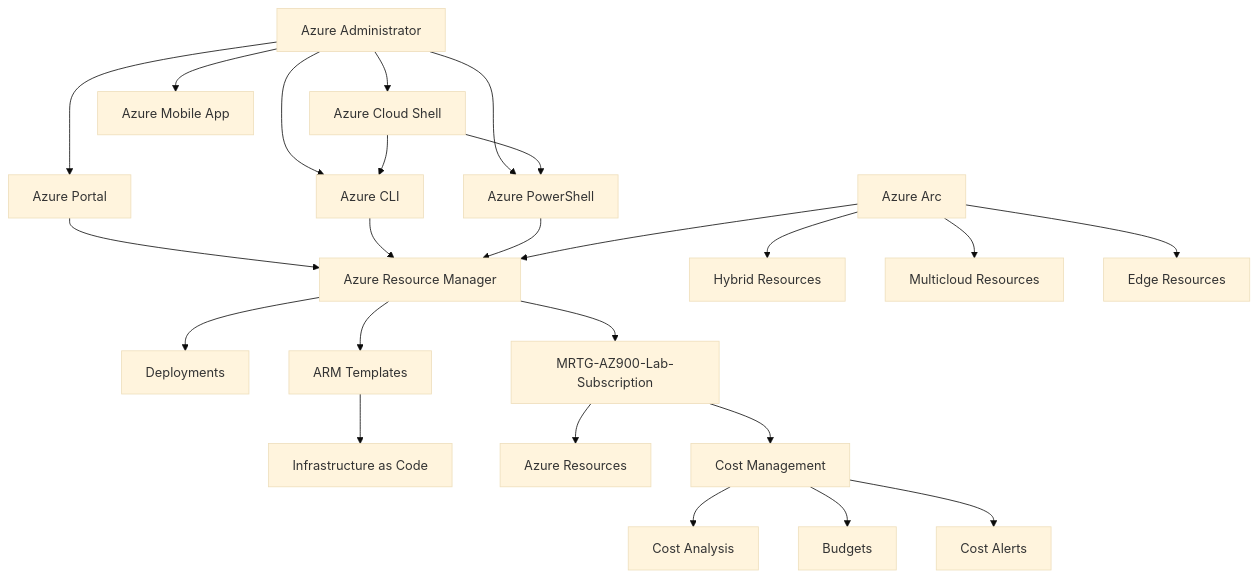
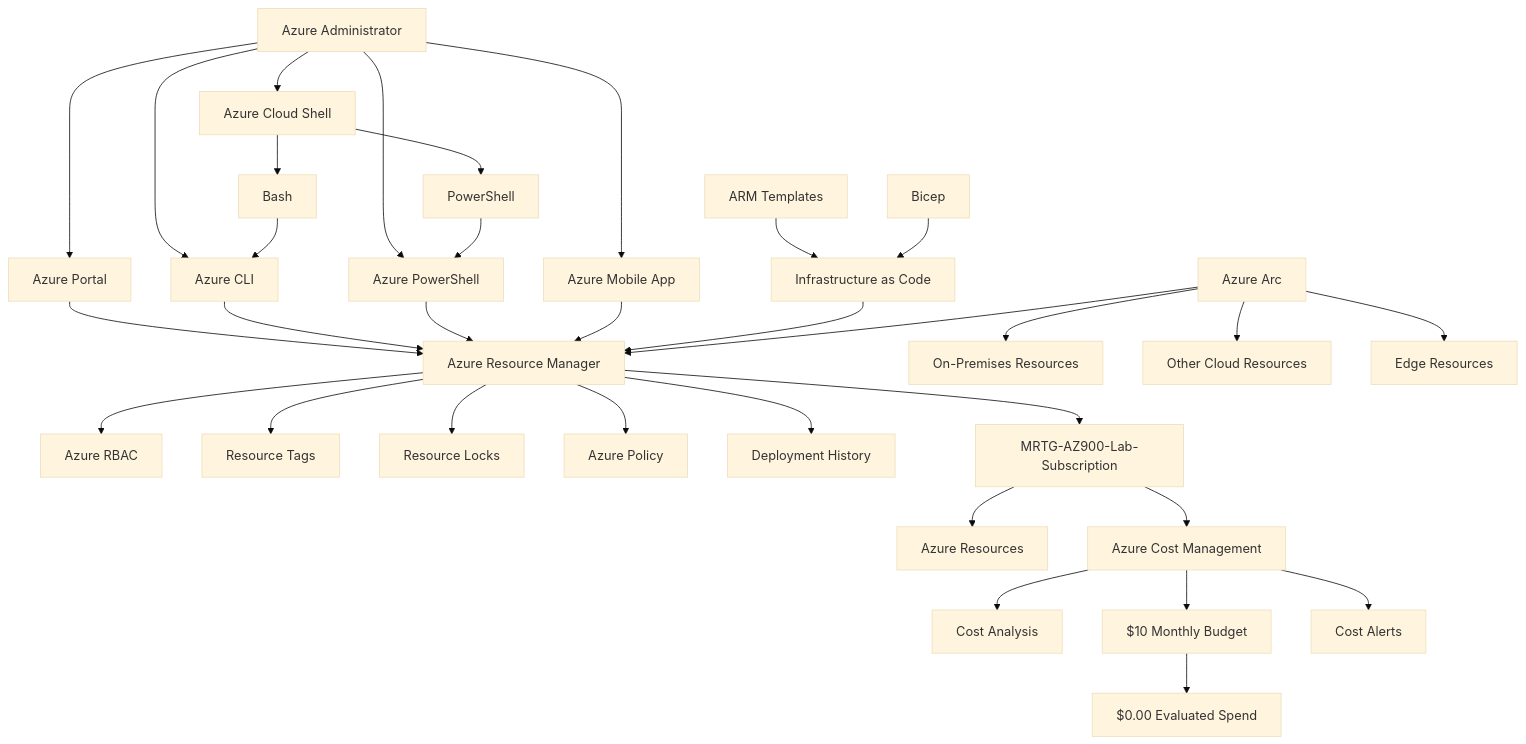
Before and after one commit to mattallen-it/mrtg-az900-the-bridge: the first of 3 diagrams in labs/lab-11-azure-management-and-deployment-tools/README.md, drawn with Mermaid (base theme). The commit also changed other lines of this file, not shown here.

````diff
--- a/labs/lab-11-azure-management-and-deployment-tools/README.md
+++ b/labs/lab-11-azure-management-and-deployment-tools/README.md
@@ -115,31 +411,43 @@
 ```mermaid
 flowchart TD
-    User[Azure Administrator] --> Portal[Azure Portal]
-    User --> CloudShell[Azure Cloud Shell]
-    User --> CLI[Azure CLI]
-    User --> PowerShell[Azure PowerShell]
-    User --> Mobile[Azure Mobile App]
+    Admin[Azure Administrator] --> Portal[Azure Portal]
+    Admin --> CloudShell[Azure Cloud Shell]
+    Admin --> CLI[Azure CLI]
+    Admin --> PowerShell[Azure PowerShell]
+    Admin --> Mobile[Azure Mobile App]
+
+    CloudShell --> Bash[Bash]
+    CloudShell --> ShellPS[PowerShell]
+    Bash --> CLI
+    ShellPS --> PowerShell
 
     Portal --> ARM[Azure Resource Manager]
-    CloudShell --> CLI
-    CloudShell --> PowerShell
     CLI --> ARM
     PowerShell --> ARM
+    Mobile --> ARM
 
-    ARM --> Deployments[Deployments]
-    ARM --> Templates[ARM Templates]
-    Templates --> IaC[Infrastructure as Code]
+    ARM --> RBAC[Azure RBAC]
+    ARM --> Tags[Resource Tags]
+    ARM --> Locks[Resource Locks]
+    ARM --> Policy[Azure Policy]
+    ARM --> Deployments[Deployment History]
+
+    ARMTemplates[ARM Templates] --> IaC[Infrastructure as Code]
+    Bicep[Bicep] --> IaC
+    IaC --> ARM
 
     ARM --> Subscription[MRTG-AZ900-Lab-Subscription]
     Subscription --> Resources[Azure Resources]
 
     Arc[Azure Arc] --> ARM
-    Arc --> Hybrid[Hybrid Resources]
-    Arc --> Multicloud[Multicloud Resources]
+    Arc --> Hybrid[On-Premises Resources]
+    Arc --> Multicloud[Other Cloud Resources]
     Arc --> Edge[Edge Resources]
 
-    Subscription --> Cost[Cost Management]
+    Subscription --> Cost[Azure Cost Management]
     Cost --> Analysis[Cost Analysis]
-    Cost --> Budgets[Budgets]
+    Cost --> Budget[$10 Monthly Budget]
     Cost --> Alerts[Cost Alerts]
+
+    Budget --> Validation[$0.00 Evaluated Spend]
 ```
````
